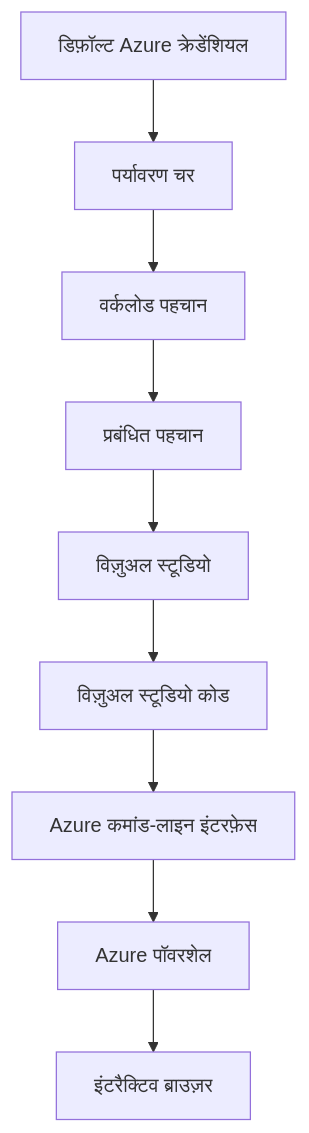
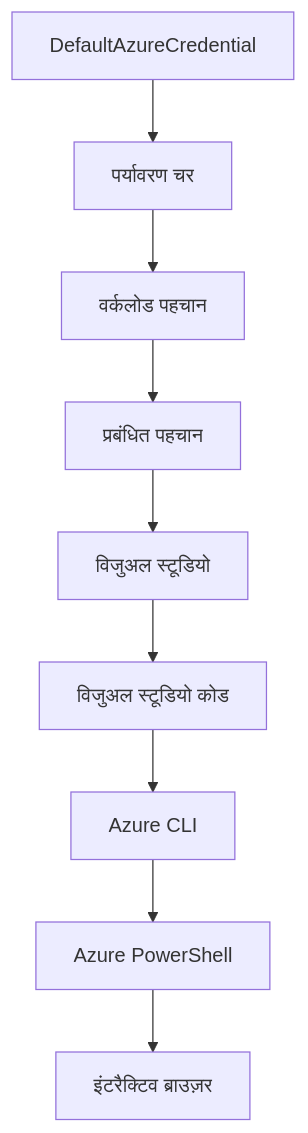
One commit to microsoft/AZD-for-beginners changed the second of 2 diagrams in translations/hi/docs/chapter-01-foundation/azd-basics.md. Above: the diagram before and after it, drawn with Mermaid. The commit also changed other lines of this file and 101 other files, not shown here.

````diff
--- a/translations/hi/docs/chapter-01-foundation/azd-basics.md
+++ b/translations/hi/docs/chapter-01-foundation/azd-basics.md
@@ -591,11 +591,11 @@
 ```mermaid
 graph TD
-    A[डिफ़ॉल्ट Azure क्रेडेंशियल] --> B[पर्यावरण चर]
+    A[DefaultAzureCredential] --> B[पर्यावरण चर]
     B --> C[वर्कलोड पहचान]
     C --> D[प्रबंधित पहचान]
-    D --> E[विज़ुअल स्टूडियो]
-    E --> F[विज़ुअल स्टूडियो कोड]
-    F --> G[Azure कमांड-लाइन इंटरफ़ेस]
-    G --> H[Azure पॉवरशेल]
+    D --> E[विजुअल स्टूडियो]
+    E --> F[विजुअल स्टूडियो कोड]
+    F --> G[Azure CLI]
+    G --> H[Azure PowerShell]
     H --> I[इंटरैक्टिव ब्राउज़र]
 ```
````
